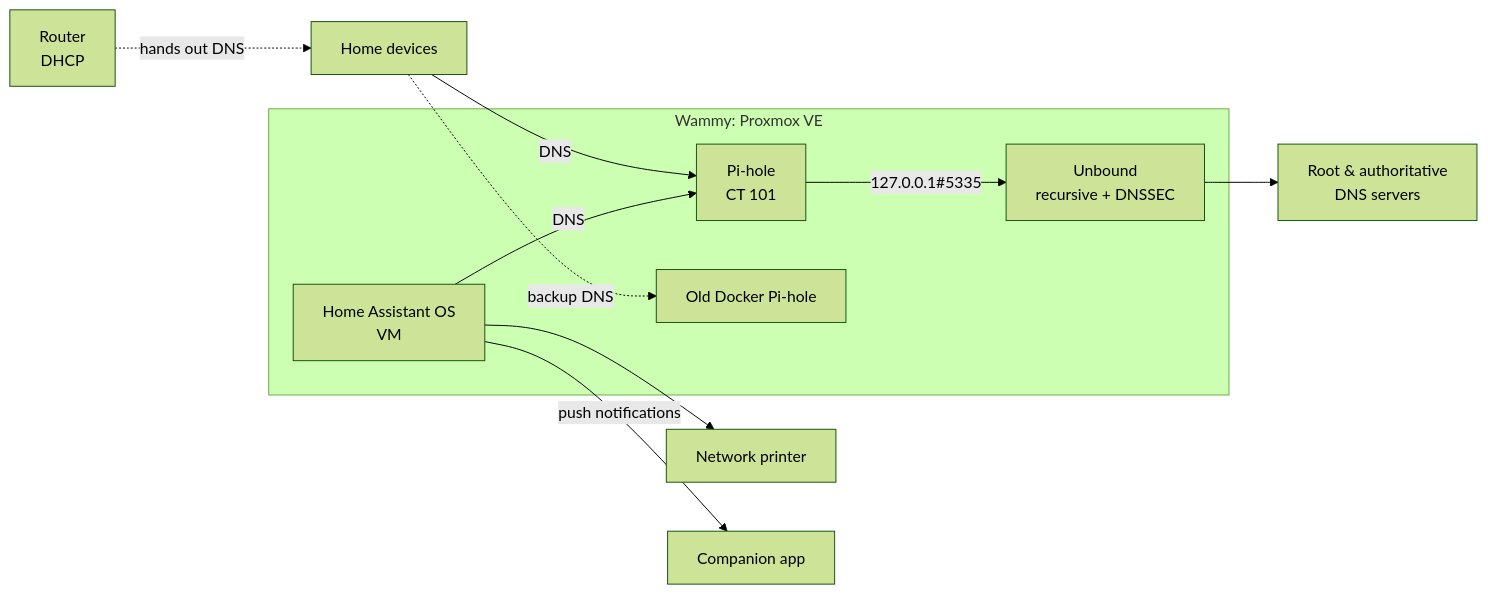
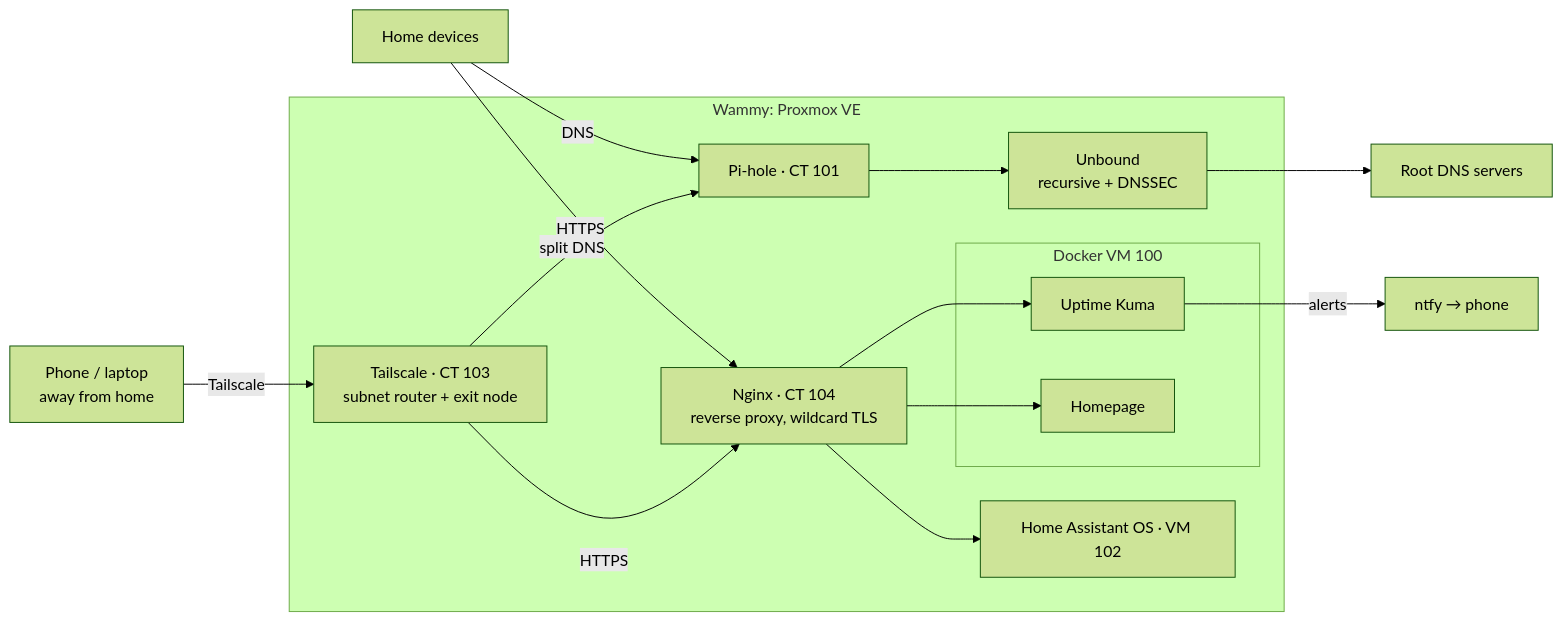
One commit to JaheimT/homelab changed the first of 2 diagrams in README.md. Above: the diagram before and after it, drawn with Mermaid (forest theme). The commit also changed other lines of this file and 1 other file, not shown here.

Commit message:
Phase 4 Part 2: domain, Nginx reverse proxy, Uptime Kuma, Homepage; update diagrams

````diff
--- a/README.md
+++ b/README.md
@@ -15,17 +17,26 @@
 ```mermaid
 flowchart LR
-    Devices[Home devices] -->|DNS| PH[Pi-hole<br/>CT 101]
-    PH -->|127.0.0.1#5335| UB[Unbound<br/>recursive + DNSSEC]
-    UB --> Root[Root & authoritative<br/>DNS servers]
-    Devices -.->|backup DNS| Old[Old Docker Pi-hole]
-    HA[Home Assistant OS<br/>VM] -->|DNS| PH
-    HA --> Printer[Network printer]
-    HA -->|push notifications| Phone[Companion app]
-    subgraph Wammy [Wammy: Proxmox VE]
-        PH
-        UB
-        Old
-        HA
+    Remote["Phone / laptop<br/>away from home"] -->|Tailscale| TS
+    Devices[Home devices]
+
+    subgraph Wammy ["Wammy: Proxmox VE"]
+        TS["Tailscale · CT 103<br/>subnet router + exit node"]
+        PH["Pi-hole · CT 101"] --> UB["Unbound<br/>recursive + DNSSEC"]
+        NG["Nginx · CT 104<br/>reverse proxy, wildcard TLS"]
+        HA["Home Assistant OS · VM 102"]
+        subgraph Docker ["Docker VM 100"]
+            UK[Uptime Kuma]
+            HP[Homepage]
+        end
     end
-    Router[Router<br/>DHCP] -.->|hands out DNS| Devices
+
+    Devices -->|DNS| PH
+    Devices -->|HTTPS| NG
+    TS -->|split DNS| PH
+    TS -->|HTTPS| NG
+    NG --> HA
+    NG --> UK
+    NG --> HP
+    UB --> Root[Root DNS servers]
+    UK -->|alerts| Ntfy[ntfy → phone]
 ```
````
